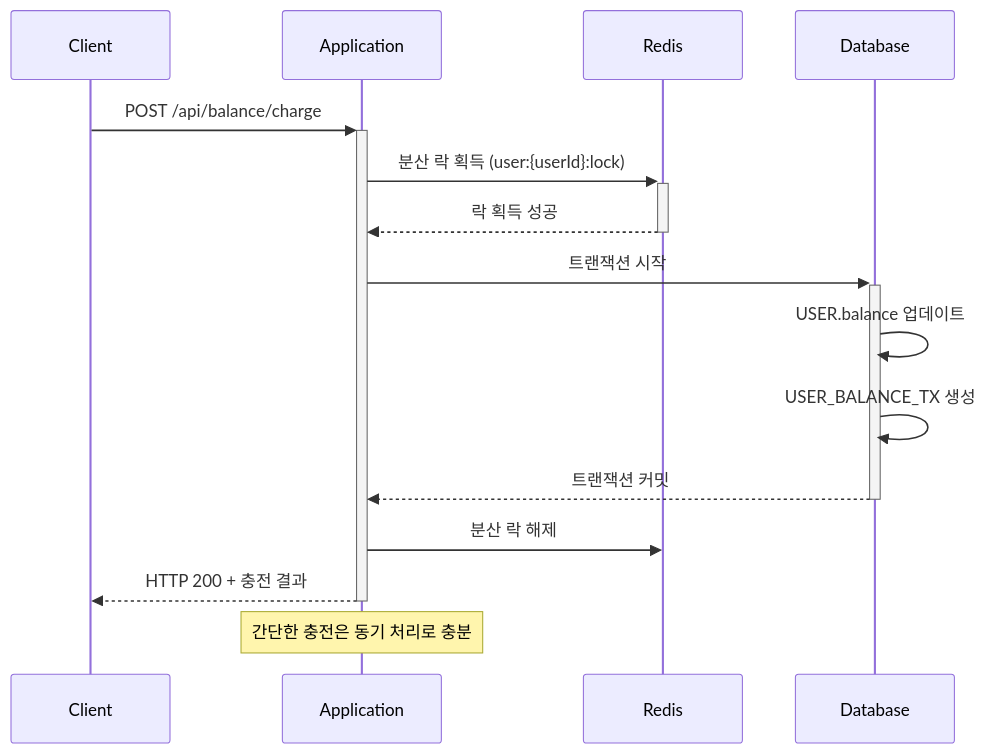
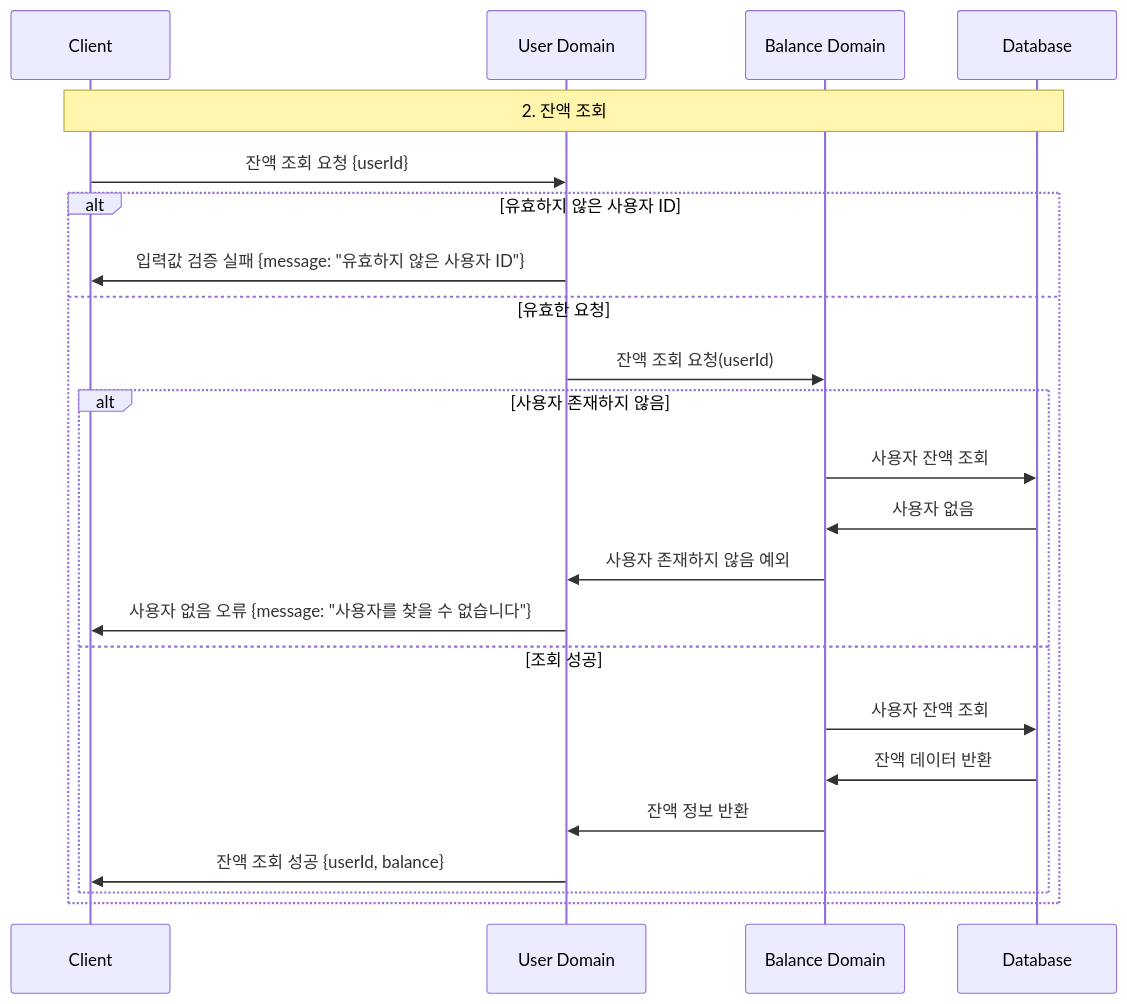
The second of 7 diagrams in docs/sequence_diagram.md (yuni02/hhplus-ecommerce), drawn with Mermaid before and after one commit. The commit also changed other lines of this file and 2 other files, not shown here.

Commit message:
chore: 시퀀스 다이어그램 도메인 간의 데이터흐름 상세관점으로 변경해서 다시 작성

````diff
--- a/docs/sequence_diagram.md
+++ b/docs/sequence_diagram.md
@@ -21,21 +35,28 @@
 ```mermaid
 sequenceDiagram
-    participant Client as Client
-    participant App as Application
-    participant Redis as Redis
+    participant C as Client
+    participant User as User Domain
+    participant Balance as Balance Domain
     participant DB as Database
-
-    Client->>+App: POST /api/balance/charge
-    App->>+Redis: 분산 락 획득 (user:{userId}:lock)
-    Redis-->>-App: 락 획득 성공
-
-    App->>+DB: 트랜잭션 시작
-    DB->>DB: USER.balance 업데이트
-    DB->>DB: USER_BALANCE_TX 생성
-    DB-->>-App: 트랜잭션 커밋
-
-    App->>Redis: 분산 락 해제
-    App-->>-Client: HTTP 200 + 충전 결과
-
-    Note over App: 간단한 충전은 동기 처리로 충분
+    
+        Note over C,DB: 2. 잔액 조회
+        C->>User: 잔액 조회 요청 {userId}
+    
+        alt 유효하지 않은 사용자 ID
+            User->>C: 입력값 검증 실패 {message: "유효하지 않은 사용자 ID"}
+        else 유효한 요청
+            User->>Balance: 잔액 조회 요청(userId)
+    
+            alt 사용자 존재하지 않음
+                Balance->>DB: 사용자 잔액 조회
+                DB->>Balance: 사용자 없음
+                Balance->>User: 사용자 존재하지 않음 예외
+                User->>C: 사용자 없음 오류 {message: "사용자를 찾을 수 없습니다"}
+            else 조회 성공
+                Balance->>DB: 사용자 잔액 조회
+                DB->>Balance: 잔액 데이터 반환
+                Balance->>User: 잔액 정보 반환
+                User->>C: 잔액 조회 성공 {userId, balance}
+            end
+        end
 ```
````
